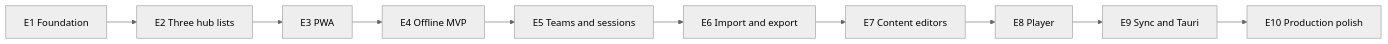
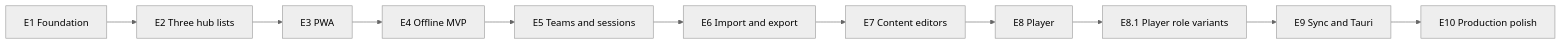
The diagram in frontend2/docs/roadmap.md (xilefmusics/worshipviewer), drawn with Mermaid (neutral theme) before and after one commit. The commit also changed other lines of this file and 5 other files, not shown here.

First line of the commit message:
Define E8.1 as role-based player modes.

````diff
--- a/frontend2/docs/roadmap.md
+++ b/frontend2/docs/roadmap.md
@@ -21,14 +21,15 @@
 ```mermaid
 flowchart LR
   E1[E1 Foundation]
   E2[E2 Three hub lists]
   E3[E3 PWA]
   E4[E4 Offline MVP]
   E5[E5 Teams and sessions]
   E6[E6 Import and export]
   E7[E7 Content editors]
   E8[E8 Player]
+  E8_1[E8.1 Player role variants]
   E9[E9 Sync and Tauri]
   E10[E10 Production polish]
-  E1 --> E2 --> E3 --> E4 --> E5 --> E6 --> E7 --> E8 --> E9 --> E10
+  E1 --> E2 --> E3 --> E4 --> E5 --> E6 --> E7 --> E8 --> E8_1 --> E9 --> E10
 ```
````
